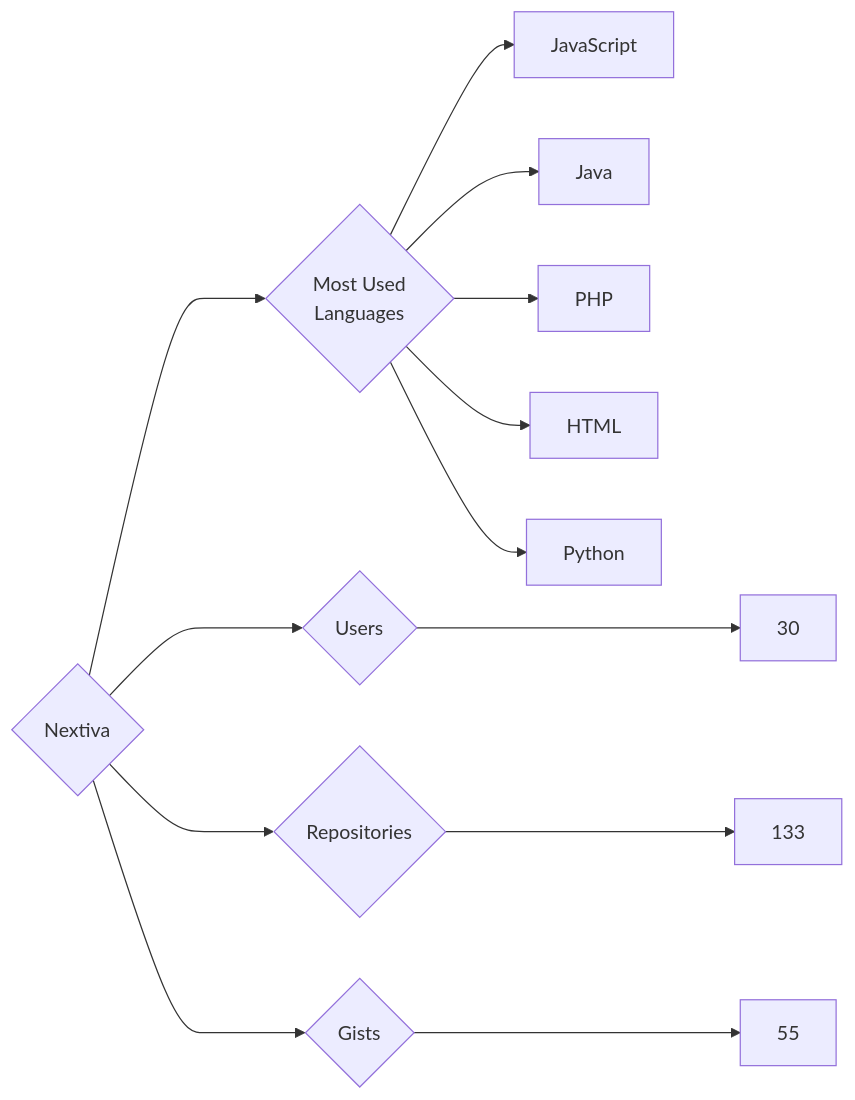
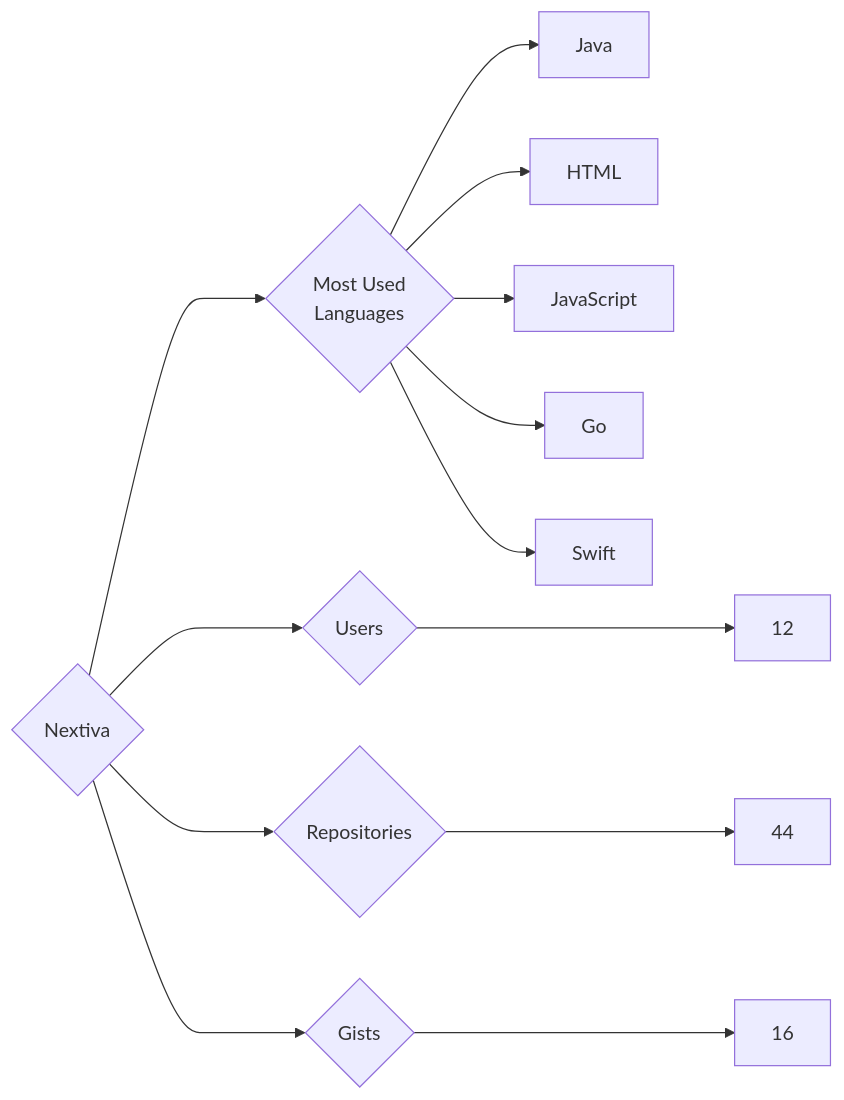
One commit to trickest/insiders changed the diagram in targets/Nextiva/README.md. Above: the diagram before and after it, drawn with Mermaid. The commit also changed 815 other files, not shown here.

````diff
--- a/targets/Nextiva/README.md
+++ b/targets/Nextiva/README.md
@@ -3,13 +3,13 @@
 ```mermaid
 graph LR
 COMPANY_NAME{Nextiva}
-COMPANY_NAME ---> U{Users} ---> UN[30]
-COMPANY_NAME ---> R{Repositories} ---> RN[133]
-COMPANY_NAME ---> G{Gists} ---> GN[55]
+COMPANY_NAME ---> U{Users} ---> UN[12]
+COMPANY_NAME ---> R{Repositories} ---> RN[44]
+COMPANY_NAME ---> G{Gists} ---> GN[16]
 COMPANY_NAME ---> ML{Most Used<br>Languages}
+ML --> Java[Java]
+ML --> HTML[HTML]
 ML --> JavaScript[JavaScript]
-ML --> Java[Java]
-ML --> PHP[PHP]
-ML --> HTML[HTML]
-ML --> Python[Python]
+ML --> Go[Go]
+ML --> Swift[Swift]
 ```
````
